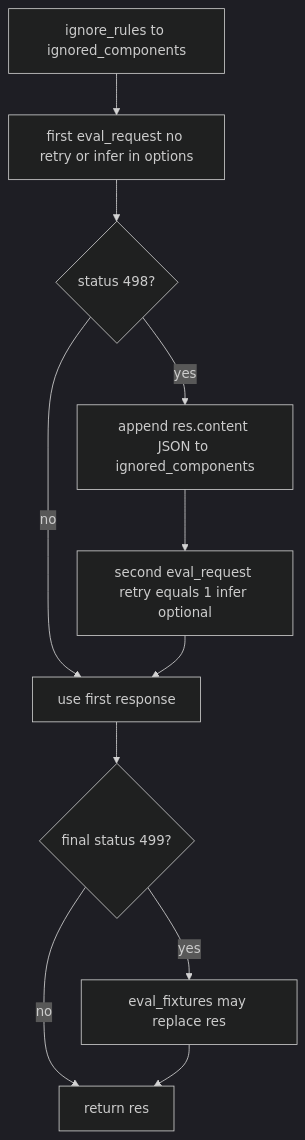
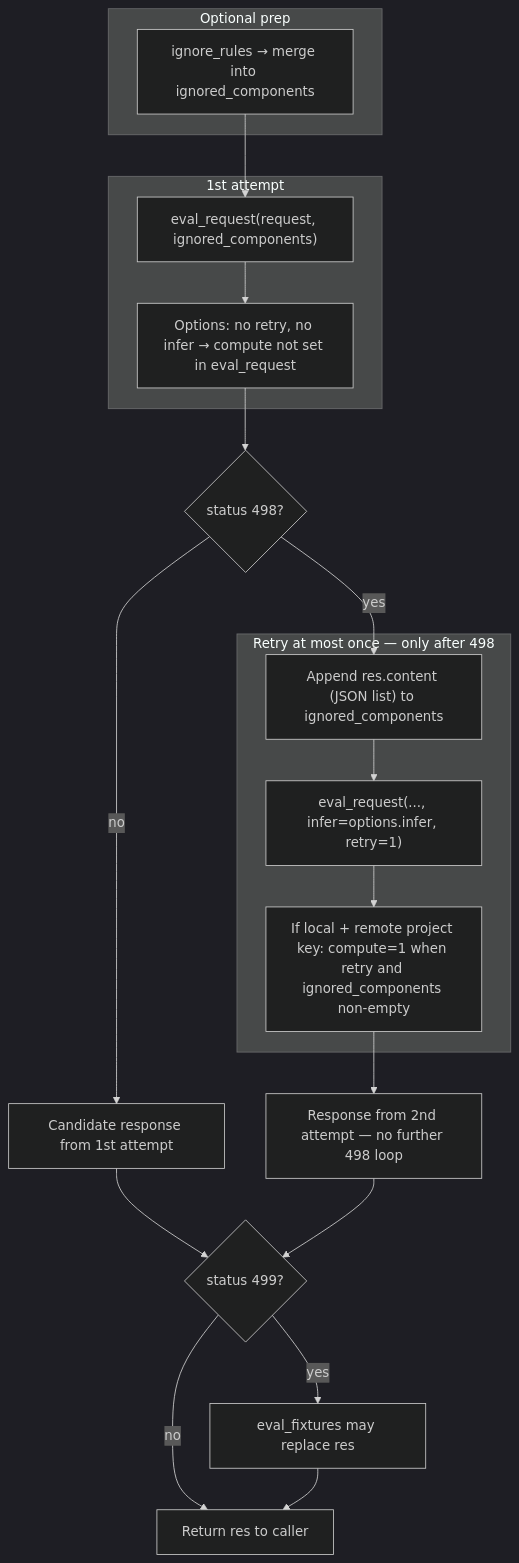
One commit to Stoobly/stoobly-agent changed the first of 2 diagrams in docs/mock-request-matching.md. Above: the diagram before and after it, drawn with Mermaid (dark theme). The commit also changed other lines of this file, not shown here.

Commit message:
Increase diagrams

````diff
--- a/docs/mock-request-matching.md
+++ b/docs/mock-request-matching.md
@@ -11,13 +11,34 @@
 ```mermaid
 flowchart TB
-  IR[ignore_rules to ignored_components] --> E1["first eval_request no retry or infer in options"]
-  E1 --> S1{status 498?}
-  S1 -->|yes| App[append res.content JSON to ignored_components]
-  App --> E2["second eval_request retry equals 1 infer optional"]
-  S1 -->|no| M[use first response]
-  E2 --> M
-  M --> S2{final status 499?}
-  S2 -->|yes| FX[eval_fixtures may replace res]
-  S2 -->|no| OUT[return res]
+  subgraph prep [Optional prep]
+    IR["ignore_rules → merge into ignored_components"]
+  end
+
+  subgraph attempt1 [1st attempt]
+    E1["eval_request(request, ignored_components)"]
+    P1["Options: no retry, no infer → compute not set in eval_request"]
+    E1 --> P1
+  end
+
+  subgraph attempt2 [Retry at most once — only after 498]
+    A["Append res.content (JSON list) to ignored_components"]
+    E2["eval_request(..., infer=options.infer, retry=1)"]
+    P2["If local + remote project key: compute=1 when retry and ignored_components non-empty"]
+    A --> E2 --> P2
+  end
+
+  IR --> E1
+  P1 --> R1{status 498?}
+
+  R1 -->|yes| A
+  R1 -->|no| RES[Candidate response from 1st attempt]
+
+  P2 --> RES2[Response from 2nd attempt — no further 498 loop]
+
+  RES --> NF{status 499?}
+  RES2 --> NF
+
+  NF -->|yes| FX["eval_fixtures may replace res"]
+  NF -->|no| OUT[Return res to caller]
   FX --> OUT
 ```
````
